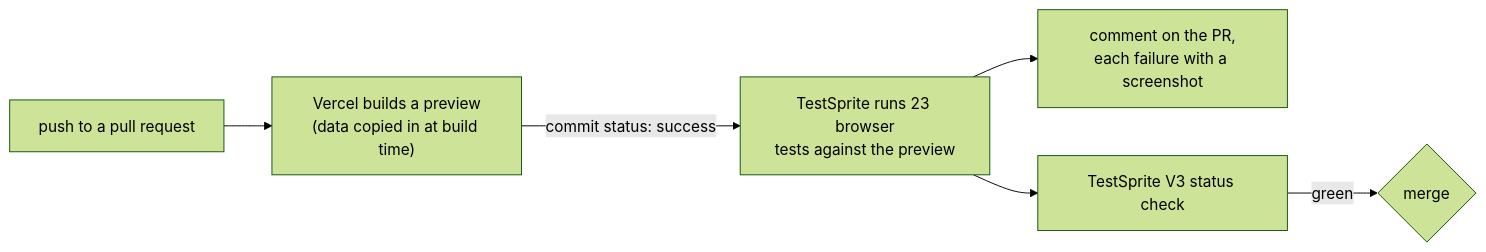
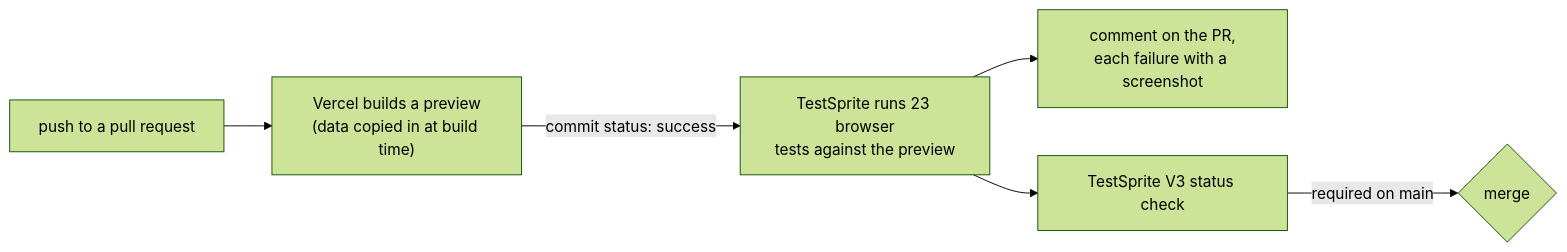
Before and after one commit to N-45div/alibi: the diagram in README.md, drawn with Mermaid (forest theme). The commit also changed other lines of this file, not shown here.

Commit message:
readme: main now requires the testsprite check before a merge

````diff
--- a/README.md
+++ b/README.md
@@ -129,8 +130,8 @@
 ```mermaid
 flowchart LR
   push["push to a pull request"] --> build["Vercel builds a preview<br/>(data copied in at build time)"]
   build -- "commit status: success" --> run["TestSprite runs 23 browser<br/>tests against the preview"]
   run --> comment["comment on the PR,<br/>each failure with a screenshot"]
   run --> check["TestSprite V3 status check"]
-  check -- "green" --> merge{"merge"}
+  check -- "required on main" --> merge{"merge"}
 ```
````
